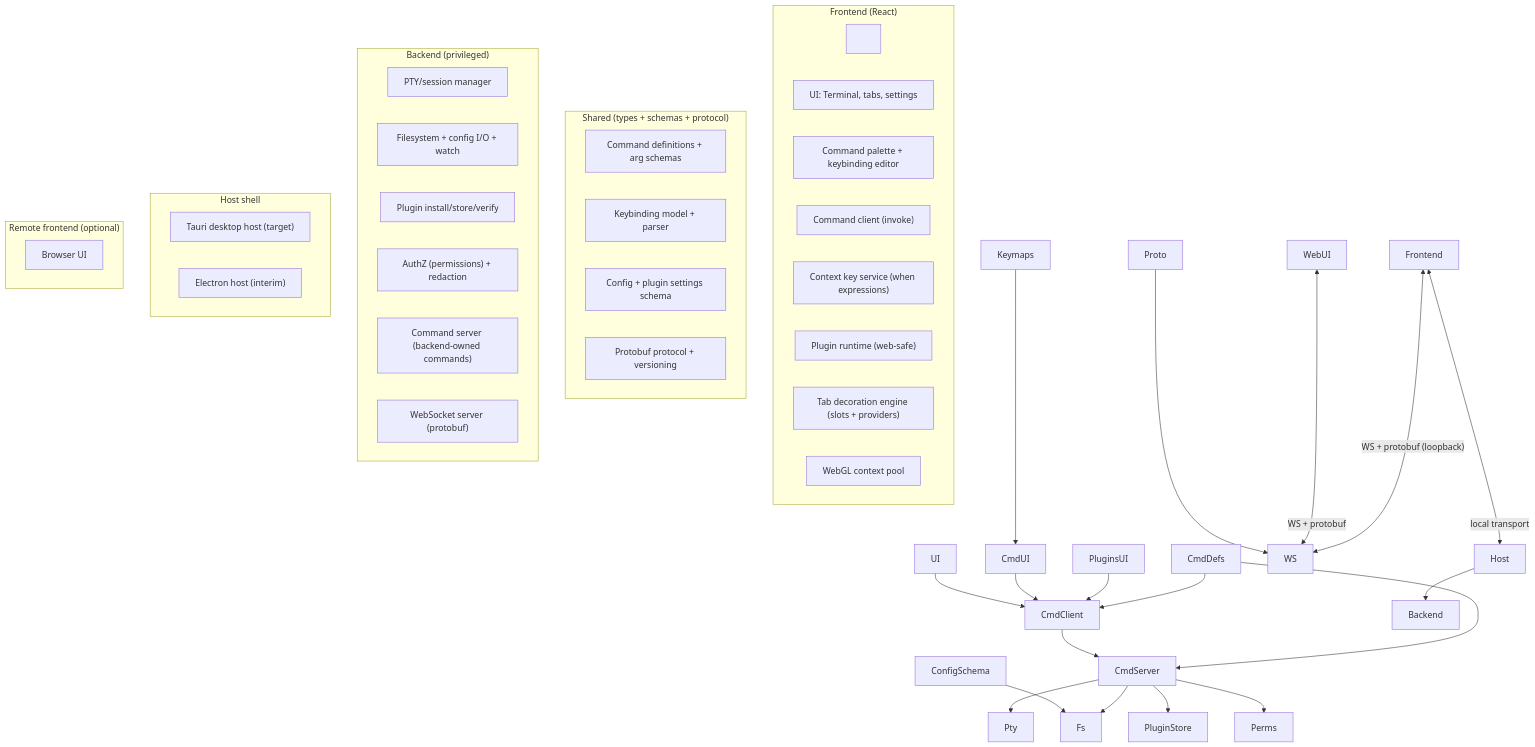
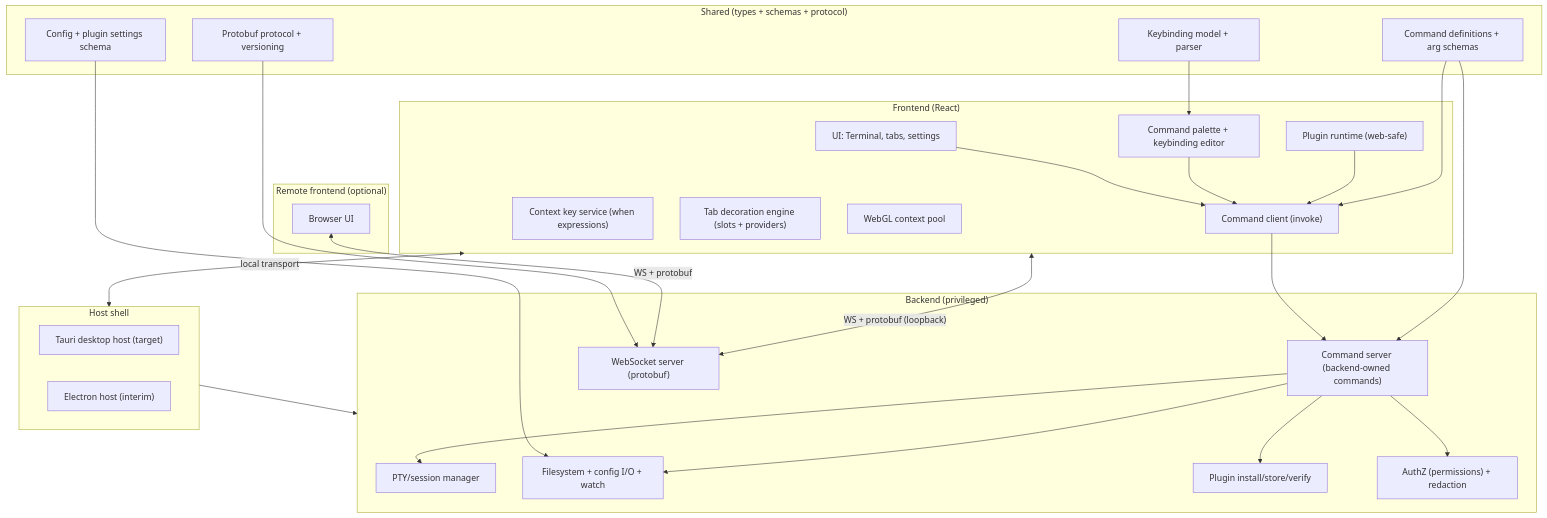
Before and after one commit to leynos/velocetty: the first of 2 diagrams in docs/velocetty-design.md, drawn with Mermaid. The commit also changed 75 other files, not shown here.

````diff
--- a/docs/velocetty-design.md
+++ b/docs/velocetty-design.md
@@ -222,117 +222,50 @@
 ```mermaid
-
 flowchart TB
-
-&nbsp;   subgraph Frontend\["Frontend (React)"]
-
-&nbsp;       UI\["UI: Terminal, tabs, settings"]
-
-&nbsp;       CmdUI\["Command palette + keybinding editor"]
-
-&nbsp;       CmdClient\["Command client (invoke)"]
-
-&nbsp;       CtxKeys\["Context key service (when expressions)"]
-
-&nbsp;       PluginsUI\["Plugin runtime (web-safe)"]
-
-&nbsp;       TabDecor\["Tab decoration engine (slots + providers)"]
-
-&nbsp;       WebGLPool\["WebGL context pool"]
-
-&nbsp;   end
-
-
-
-&nbsp;   subgraph Shared\["Shared (types + schemas + protocol)"]
-
-&nbsp;       CmdDefs\["Command definitions + arg schemas"]
-
-&nbsp;       Keymaps\["Keybinding model + parser"]
-
-&nbsp;       ConfigSchema\["Config + plugin settings schema"]
-
-&nbsp;       Proto\["Protobuf protocol + versioning"]
-
-&nbsp;   end
-
-
-
-&nbsp;   subgraph Backend\["Backend (privileged)"]
-
-&nbsp;       Pty\["PTY/session manager"]
-
-&nbsp;       Fs\["Filesystem + config I/O + watch"]
-
-&nbsp;       PluginStore\["Plugin install/store/verify"]
-
-&nbsp;       Perms\["AuthZ (permissions) + redaction"]
-
-&nbsp;       CmdServer\["Command server (backend-owned commands)"]
-
-&nbsp;       WS\["WebSocket server (protobuf)"]
-
-&nbsp;   end
-
-
-
-&nbsp;   subgraph Host\["Host shell"]
-
-&nbsp;       Tauri\["Tauri desktop host (target)"]
-
-&nbsp;       Electron\["Electron host (interim)"]
-
-&nbsp;   end
-
-
-
-&nbsp;   subgraph Remote\["Remote frontend (optional)"]
-
-&nbsp;       WebUI\["Browser UI"]
-
-&nbsp;   end
-
-
-
-&nbsp;   UI --> CmdClient
-
-&nbsp;   CmdUI --> CmdClient
-
-&nbsp;   PluginsUI --> CmdClient
-
-&nbsp;   CmdClient --> CmdServer
-
-
-
-&nbsp;   CmdDefs --> CmdClient
-
-&nbsp;   CmdDefs --> CmdServer
-
-&nbsp;   Keymaps --> CmdUI
-
-&nbsp;   ConfigSchema --> Fs
-
-&nbsp;   Proto --> WS
-
-
-
-&nbsp;   CmdServer --> Pty
-
-&nbsp;   CmdServer --> Fs
-
-&nbsp;   CmdServer --> PluginStore
-
-&nbsp;   CmdServer --> Perms
-
-
-
-&nbsp;   Frontend <-->|"local transport"| Host
-
-&nbsp;   Host --> Backend
-
-
-
-&nbsp;   WebUI <-->|"WS + protobuf"| WS
-
-&nbsp;   Frontend <-->|"WS + protobuf (loopback)"| WS
-
+    subgraph Frontend["Frontend (React)"]
+        UI["UI: Terminal, tabs, settings"]
+        CmdUI["Command palette + keybinding editor"]
+        CmdClient["Command client (invoke)"]
+        CtxKeys["Context key service (when expressions)"]
+        PluginsUI["Plugin runtime (web-safe)"]
+        TabDecor["Tab decoration engine (slots + providers)"]
+        WebGLPool["WebGL context pool"]
+    end
+    subgraph Shared["Shared (types + schemas + protocol)"]
+        CmdDefs["Command definitions + arg schemas"]
+        Keymaps["Keybinding model + parser"]
+        ConfigSchema["Config + plugin settings schema"]
+        Proto["Protobuf protocol + versioning"]
+    end
+    subgraph Backend["Backend (privileged)"]
+        Pty["PTY/session manager"]
+        Fs["Filesystem + config I/O + watch"]
+        PluginStore["Plugin install/store/verify"]
+        Perms["AuthZ (permissions) + redaction"]
+        CmdServer["Command server (backend-owned commands)"]
+        WS["WebSocket server (protobuf)"]
+    end
+    subgraph Host["Host shell"]
+        Tauri["Tauri desktop host (target)"]
+        Electron["Electron host (interim)"]
+    end
+    subgraph Remote["Remote frontend (optional)"]
+        WebUI["Browser UI"]
+    end
+    UI --> CmdClient
+    CmdUI --> CmdClient
+    PluginsUI --> CmdClient
+    CmdClient --> CmdServer
+    CmdDefs --> CmdClient
+    CmdDefs --> CmdServer
+    Keymaps --> CmdUI
+    ConfigSchema --> Fs
+    Proto --> WS
+    CmdServer --> Pty
+    CmdServer --> Fs
+    CmdServer --> PluginStore
+    CmdServer --> Perms
+    Frontend <-->|"local transport"| Host
+    Host --> Backend
+    WebUI <-->|"WS + protobuf"| WS
+    Frontend <-->|"WS + protobuf (loopback)"| WS
 ```
````
